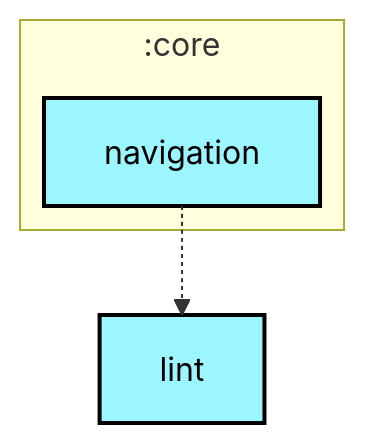
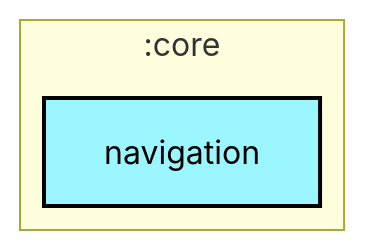
One commit to android/nowinandroid changed the first of 2 diagrams in core/navigation/README.md. Above: the diagram before and after it, drawn with Mermaid. The commit also changed 30 other files, not shown here.

````diff
--- a/core/navigation/README.md
+++ b/core/navigation/README.md
@@ -6,23 +6,20 @@
 ```mermaid
 ---
 config:
   layout: elk
   elk:
     nodePlacementStrategy: SIMPLE
 ---
 graph TB
   subgraph :core
     direction TB
     :core:navigation[navigation]:::android-library
   end
-  :lint[lint]:::android-library
-
-  :core:navigation -.-> :lint
 
 classDef android-application fill:#CAFFBF,stroke:#000,stroke-width:2px,color:#000;
 classDef android-feature fill:#FFD6A5,stroke:#000,stroke-width:2px,color:#000;
 classDef android-library fill:#9BF6FF,stroke:#000,stroke-width:2px,color:#000;
 classDef android-test fill:#A0C4FF,stroke:#000,stroke-width:2px,color:#000;
 classDef jvm-library fill:#BDB2FF,stroke:#000,stroke-width:2px,color:#000;
 classDef unknown fill:#FFADAD,stroke:#000,stroke-width:2px,color:#000;
 ```
````
